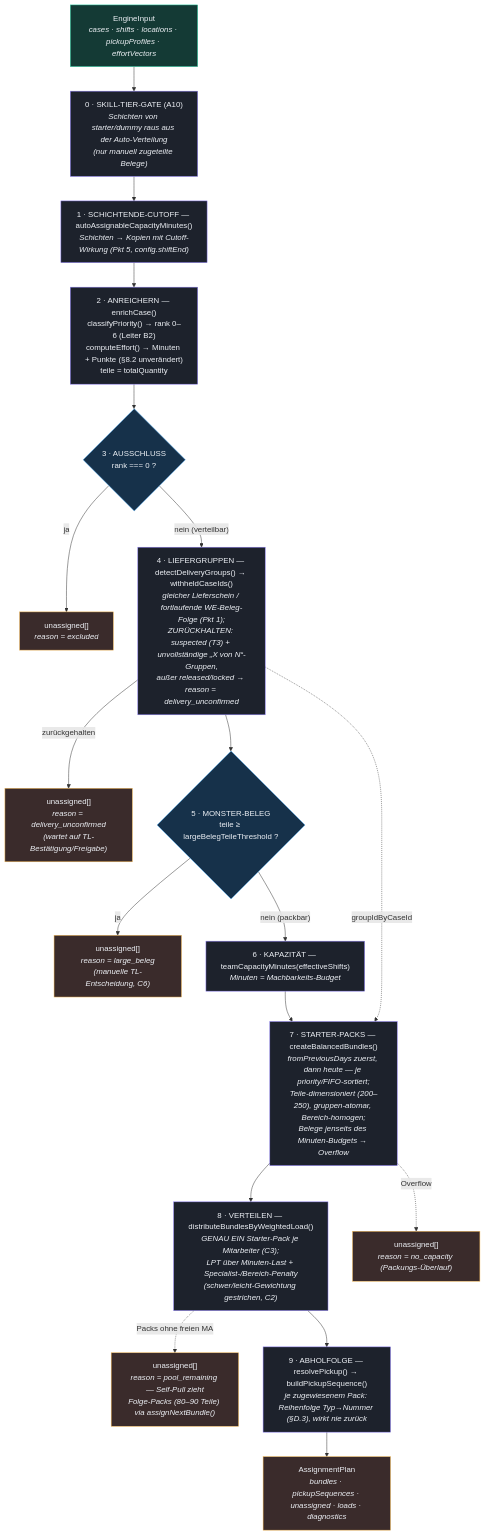
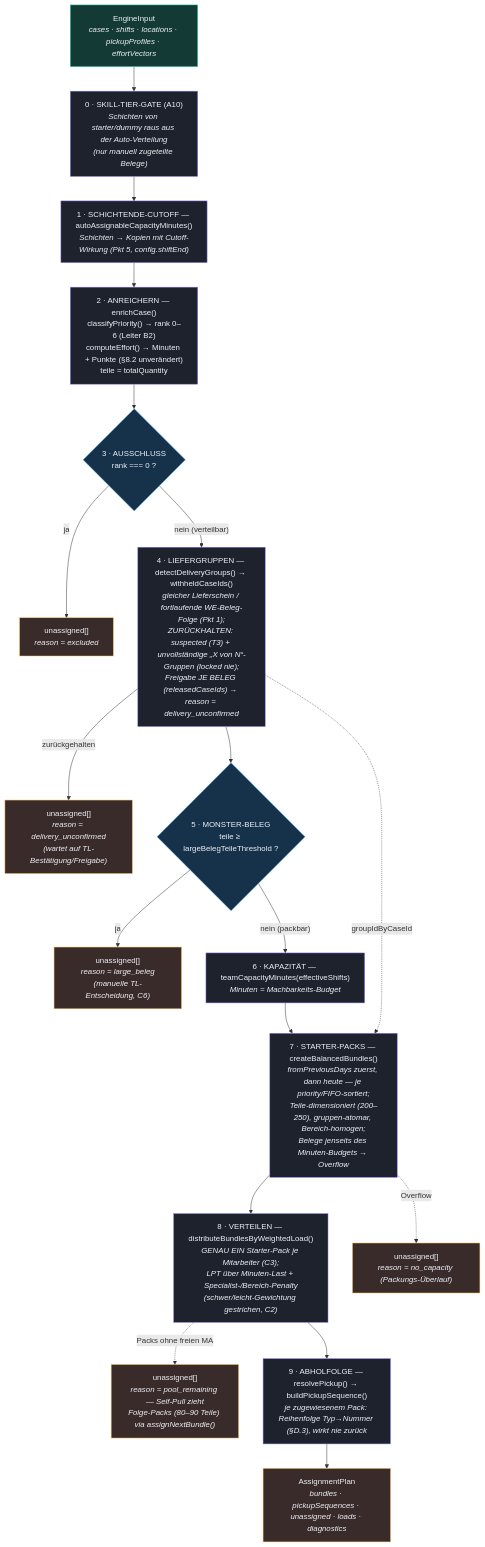
Before and after one commit to officialoniichat/paketdispov2: the diagram in docs/architecture/src/c4-engine-pipeline.mmd, drawn with Mermaid. The commit also changed 30 other files, not shown here.

```diff
--- a/docs/architecture/src/c4-engine-pipeline.mmd
+++ b/docs/architecture/src/c4-engine-pipeline.mmd
@@ -1,43 +1,43 @@
 %% C4 Ebene 4 — Code / Datenfluss: assignWork()-Pipeline (Teile-Modell, Teamlead-Feedback 03.07.2026)
 %% Verifiziert gegen packages/assignment-engine/src/assignment/plan.ts und die aufgerufenen Module
 %% (shift-end, priority-engine, effort-score, net-capacity, bundling, delivery-group,
 %% distribute, pickup-order).
 flowchart TB
     classDef step fill:#1d222c,stroke:#8b7cf6,color:#eef1f6;
     classDef io fill:#143a35,stroke:#2dd4a7,color:#eef1f6;
     classDef branch fill:#16314a,stroke:#56b6ff,color:#eef1f6;
     classDef out fill:#3a2b2b,stroke:#f5b955,color:#eef1f6;
 
     input["EngineInput<br/><i>cases · shifts · locations · pickupProfiles · effortVectors</i>"]:::io
 
     skillgate["0 · SKILL-TIER-GATE (A10)<br/><i>Schichten von starter/dummy raus aus der Auto-Verteilung<br/>(nur manuell zugeteilte Belege)</i>"]:::step
     cutoff["1 · SCHICHTENDE-CUTOFF — autoAssignableCapacityMinutes()<br/><i>Schichten → Kopien mit Cutoff-Wirkung (Pkt 5, config.shiftEnd)</i>"]:::step
     enrich["2 · ANREICHERN — enrichCase()<br/>classifyPriority() → rank 0–6 (Leiter B2)<br/>computeEffort() → Minuten + Punkte (§8.2 unverändert)<br/>teile = totalQuantity"]:::step
     exclude{"3 · AUSSCHLUSS<br/>rank === 0 ?"}:::branch
     excluded["unassigned[]<br/><i>reason = excluded</i>"]:::out
 
-    grouping["4 · LIEFERGRUPPEN — detectDeliveryGroups() → withheldCaseIds()<br/><i>gleicher Lieferschein / fortlaufende WE-Beleg-Folge (Pkt 1);<br/>ZURÜCKHALTEN: suspected (T3) + unvollständige „X von N“-Gruppen,<br/>außer released/locked → reason = delivery_unconfirmed</i>"]:::step
+    grouping["4 · LIEFERGRUPPEN — detectDeliveryGroups() → withheldCaseIds()<br/><i>gleicher Lieferschein / fortlaufende WE-Beleg-Folge (Pkt 1);<br/>ZURÜCKHALTEN: suspected (T3) + unvollständige „X von N“-Gruppen (locked nie);<br/>Freigabe JE BELEG (releasedCaseIds) → reason = delivery_unconfirmed</i>"]:::step
     withheld["unassigned[]<br/><i>reason = delivery_unconfirmed<br/>(wartet auf TL-Bestätigung/Freigabe)</i>"]:::out
     monster{"5 · MONSTER-BELEG<br/>teile ≥ largeBelegTeileThreshold ?"}:::branch
     large["unassigned[]<br/><i>reason = large_beleg<br/>(manuelle TL-Entscheidung, C6)</i>"]:::out
 
     capacity["6 · KAPAZITÄT — teamCapacityMinutes(effectiveShifts)<br/><i>Minuten = Machbarkeits-Budget</i>"]:::step
     packs["7 · STARTER-PACKS — createBalancedBundles()<br/><i>fromPreviousDays zuerst, dann heute — je priority/FIFO-sortiert;<br/>Teile-dimensioniert (200–250), gruppen-atomar, Bereich-homogen;<br/>Belege jenseits des Minuten-Budgets → Overflow</i>"]:::step
     distribute["8 · VERTEILEN — distributeBundlesByWeightedLoad()<br/><i>GENAU EIN Starter-Pack je Mitarbeiter (C3);<br/>LPT über Minuten-Last + Specialist-/Bereich-Penalty<br/>(schwer/leicht-Gewichtung gestrichen, C2)</i>"]:::step
     pool["unassigned[]<br/><i>reason = pool_remaining — Self-Pull zieht<br/>Folge-Packs (80–90 Teile) via assignNextBundle()</i>"]:::out
     nocap["unassigned[]<br/><i>reason = no_capacity (Packungs-Überlauf)</i>"]:::out
     pickup["9 · ABHOLFOLGE — resolvePickup() → buildPickupSequence()<br/><i>je zugewiesenem Pack: Reihenfolge Typ→Nummer (§D.3), wirkt nie zurück</i>"]:::step
 
     plan["AssignmentPlan<br/><i>bundles · pickupSequences · unassigned · loads · diagnostics</i>"]:::out
 
     input --> skillgate --> cutoff --> enrich --> exclude
     exclude -->|"ja"| excluded
     exclude -->|"nein (verteilbar)"| grouping
     grouping -->|"zurückgehalten"| withheld
     grouping --> monster
     monster -->|"ja"| large
     monster -->|"nein (packbar)"| capacity --> packs
     grouping -. "groupIdByCaseId" .-> packs
     packs --> distribute --> pickup --> plan
     packs -. "Overflow" .-> nocap
     distribute -. "Packs ohne freien MA" .-> pool
```
